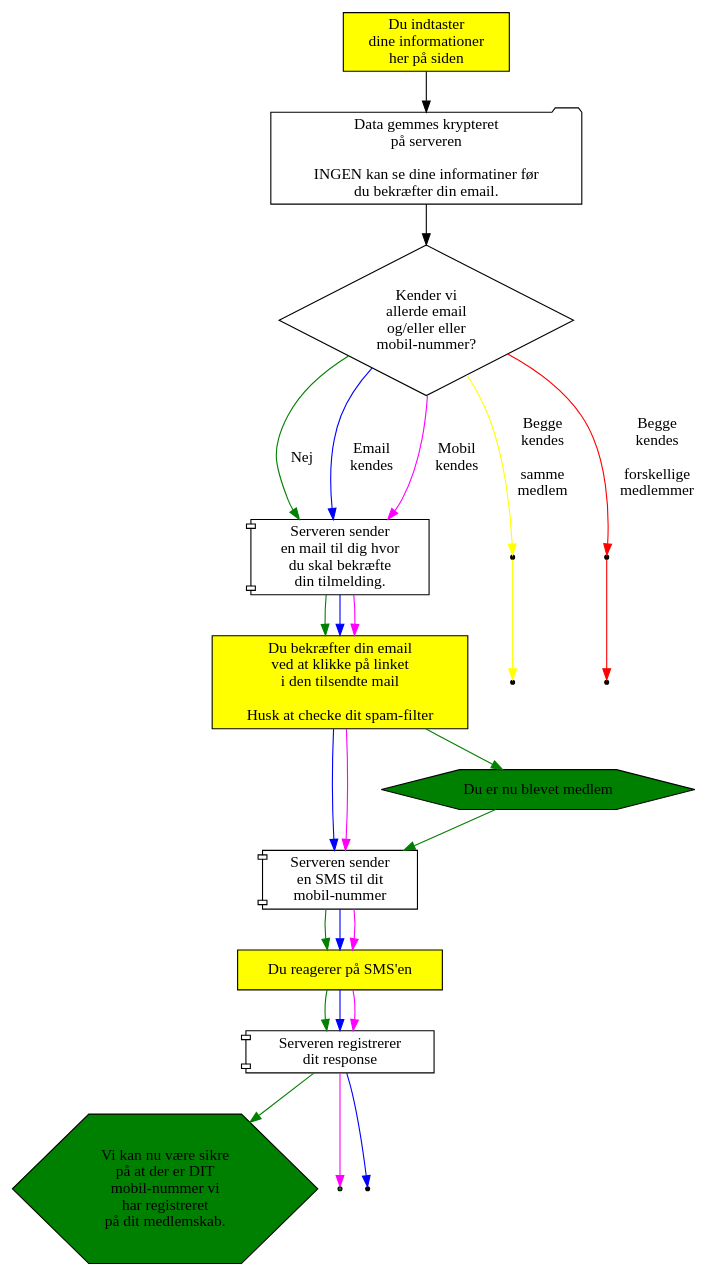
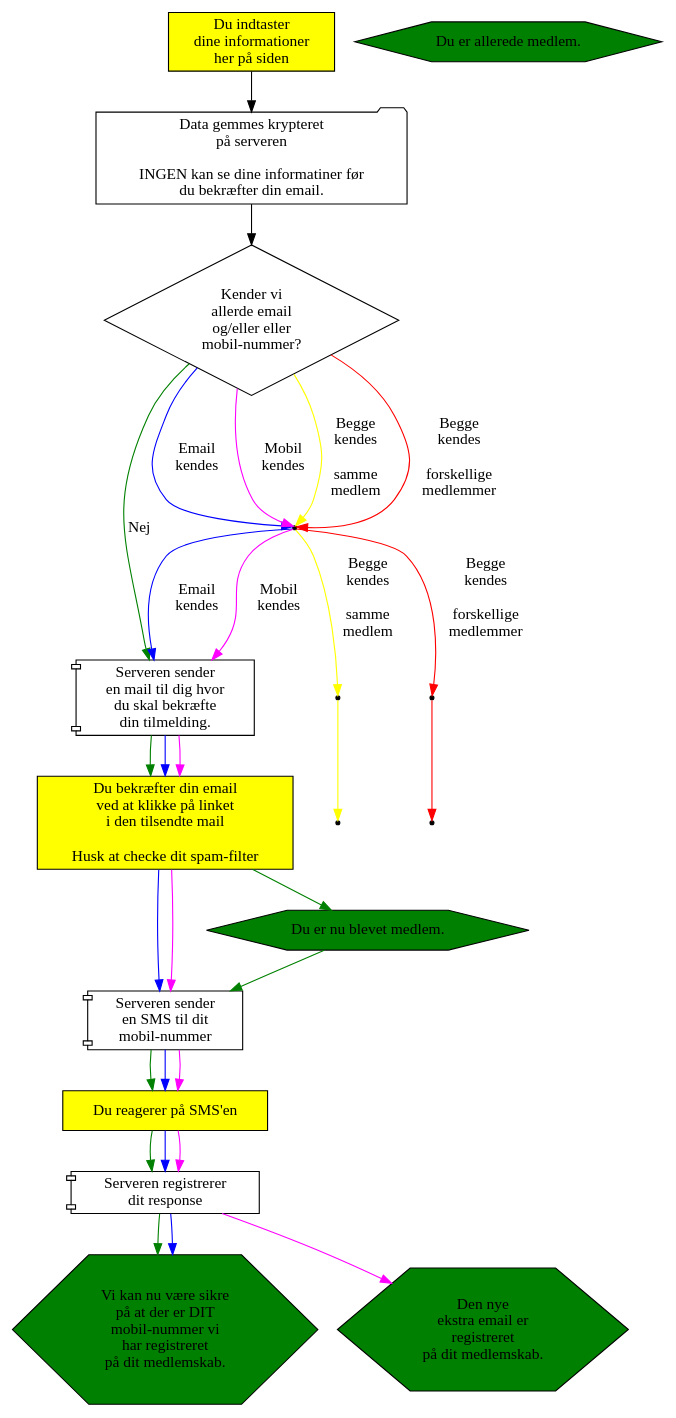
The diagram in medlemskab/indmeldelse.dot (alslug/alslug.dk), drawn with Graphviz before and after one commit.

```diff
--- a/medlemskab/indmeldelse.dot
+++ b/medlemskab/indmeldelse.dot
@@ -1,54 +1,55 @@
 digraph indmeldelse {
   { # Dine handlinger
     node [ shape=box style=filled fillcolor=yellow ];
     indtast         [label="Du indtaster\ndine informationer\nher på siden"];
     confirm_email   [label="Du bekræfter din email\nved at klikke på linket\ni den tilsendte mail\n\nHusk at checke dit spam-filter"];
     confirm_sms     [label="Du reagerer på SMS'en"];
   }
   send_tilmelding        [shape=folder label="Data gemmes krypteret \n på serveren \n \n INGEN kan se dine informatiner før \n du bekræfter din email."];
   { # Server-aktiviteter
     node [shape=component];
     server_sender_email [label="Serveren sender \n en mail til dig hvor \n du skal bekræfte \n din tilmelding."];
     server_sender_sms   [label="Serveren sender \n en SMS til dit \n mobil-nummer"];
     sms_confirmed       [label="Serveren registrerer \n dit response"];
   }
   { # Results
     node [shape=hexagon   style=filled fillcolor=green ];
-    du_biver_medlem        [label="Du er nu blevet medlem"];
+    du_biver_medlem        [label="Du er nu blevet medlem."];
+    allerede_medlem        [label="Du er allerede medlem."];
     mobile_ok              [label="Vi kan nu være sikre \n på at der er DIT \n mobil-nummer vi \n har registreret \n på dit medlemskab."]; 
-    email_added            [label="Den nye \n ekstra email er \n registreret." shape=point];
+    email_added            [label="Den nye \n ekstra email er \n registreret \n på dit medlemskab." ];
   }
   { # Valg
     node [shape=diamond];
     findes_allerede        [label="Kender vi \n allerde email \n og/eller eller \n mobil-nummer?"];
   }
 
   node [shape=point];
 
   indtast -> send_tilmelding -> findes_allerede;
   {
     edge [color=green];
-                                findes_allerede -> server_sender_email [label="Nej"];
-                                                   server_sender_email -> confirm_email -> du_biver_medlem -> server_sender_sms -> confirm_sms -> sms_confirmed  -> mobile_ok;
+                                findes_allerede ->                    server_sender_email [label="Nej"];
+                                                                      server_sender_email -> confirm_email -> du_biver_medlem -> server_sender_sms -> confirm_sms -> sms_confirmed  -> mobile_ok;
   }
   {
     edge [color=blue];
-                                findes_allerede -> server_sender_email [label="Email \n kendes"];
-                                                   server_sender_email -> confirm_email ->                    server_sender_sms -> confirm_sms -> sms_confirmed -> mobil_ok;
+                                findes_allerede -> alledere_medlem -> server_sender_email [label="Email \n kendes"];
+                                                                      server_sender_email -> confirm_email ->                    server_sender_sms -> confirm_sms -> sms_confirmed -> mobile_ok;
   }
   {
     edge [color=magenta];
-                                findes_allerede -> server_sender_email [label="Mobil \n kendes"];
-                                                   server_sender_email -> confirm_email ->                    server_sender_sms -> confirm_sms -> sms_confirmed -> email_added;
+                                findes_allerede -> alledere_medlem -> server_sender_email [label="Mobil \n kendes"];
+                                                                      server_sender_email -> confirm_email ->                    server_sender_sms -> confirm_sms -> sms_confirmed -> email_added;
   }
   {
     edge [color=yellow];
-                                findes_allerede-> samme_member         [label="Begge \n kendes \n\n samme \n medlem"];
-                                                  samme_member         -> already_member_email;
+                                findes_allerede-> alledere_medlem -> samme_member         [label="Begge \n kendes \n\n samme \n medlem"];
+                                                                     samme_member         -> already_member_email;
   }
   {
     edge [color=red];
-                                findes_allerede-> different_members    [label="Begge \n kendes \n\n forskellige \n medlemmer"];
-                                                  different_members    -> diffierent_members_email;
+                                findes_allerede-> alledere_medlem -> different_members    [label="Begge \n kendes \n\n forskellige \n medlemmer"];
+                                                                     different_members    -> diffierent_members_email;
   }
 }
```
